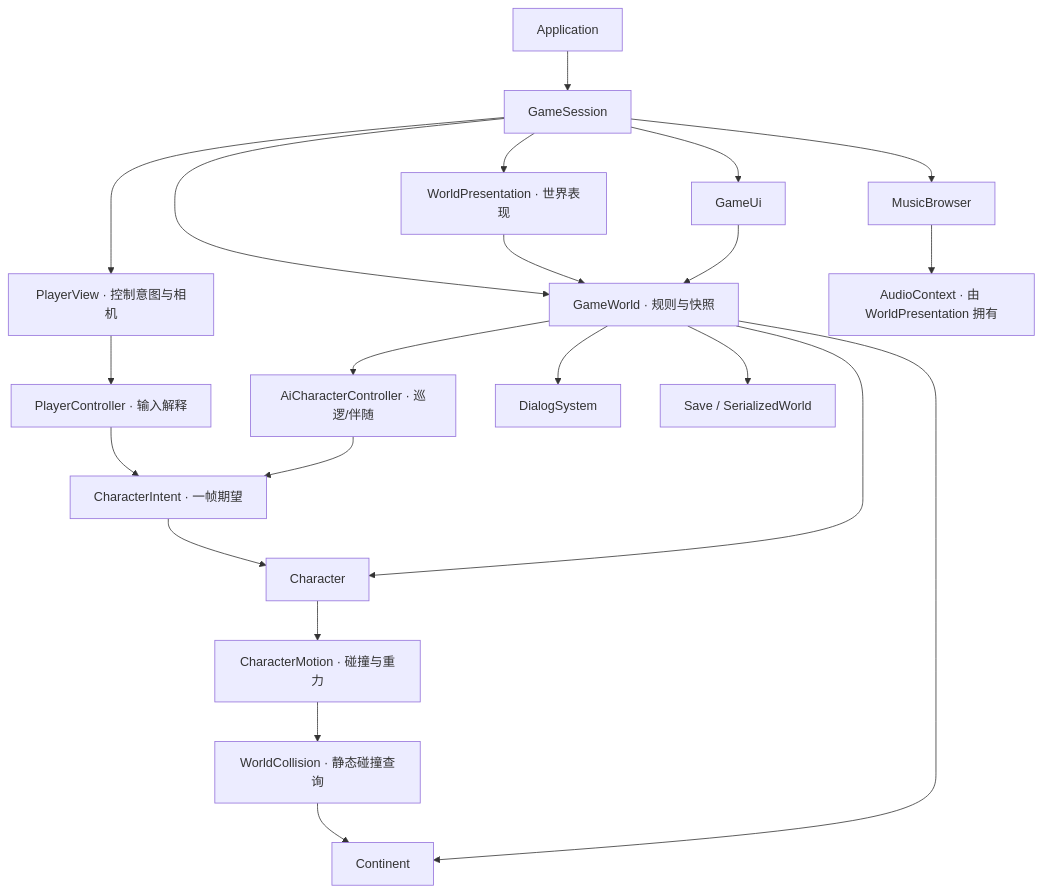
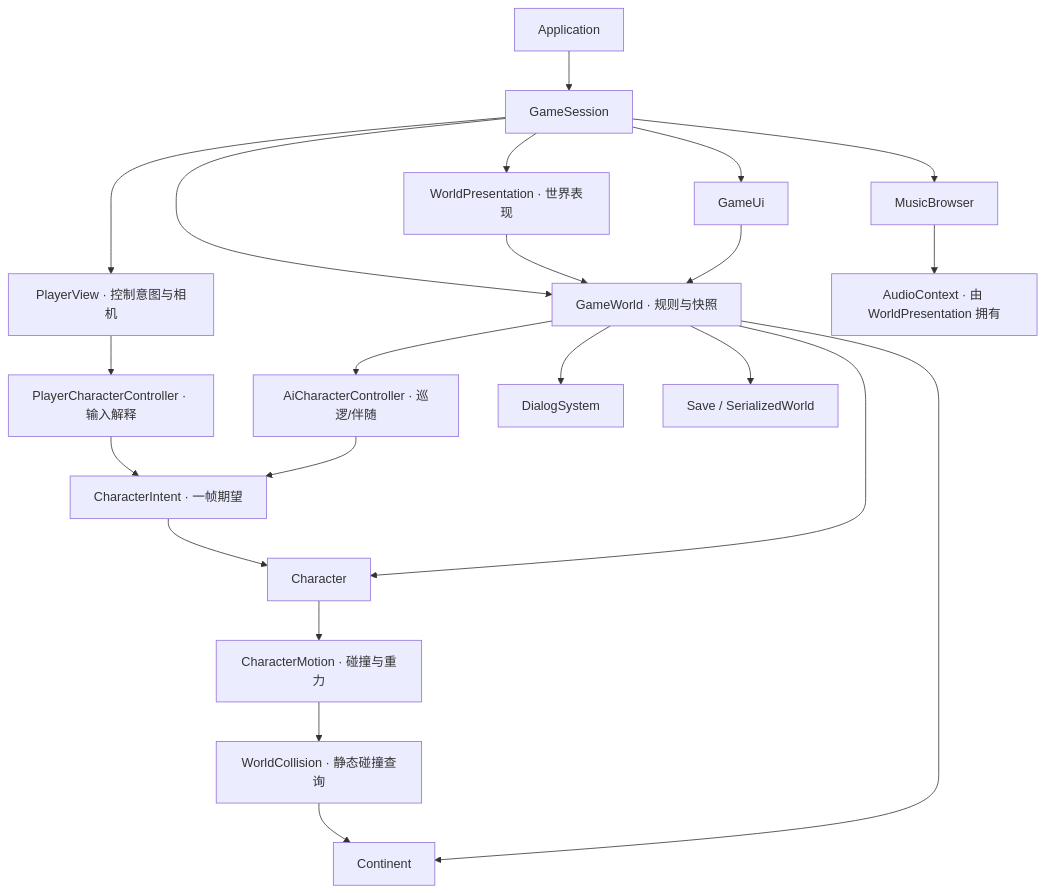
Before and after one commit to ShelpAm/lc1: the second of 3 diagrams in docs/module-dependencies.md, drawn with Mermaid. The commit also changed other lines of this file and 62 other files, not shown here.

````diff
--- a/docs/module-dependencies.md
+++ b/docs/module-dependencies.md
@@ -22,24 +22,24 @@
 ```mermaid
 flowchart TD
     app[Application] --> session[GameSession]
     session --> world["GameWorld · 规则与快照"]
     session --> view["WorldPresentation · 世界表现"]
     session --> player["PlayerView · 控制意图与相机"]
     session --> ui[GameUi]
     session --> music[MusicBrowser]
     view --> world
     ui --> world
-    player --> controller["PlayerController · 输入解释"]
+    player --> controller["PlayerCharacterController · 输入解释"]
     controller --> intent["CharacterIntent · 一帧期望"]
     ai["AiCharacterController · 巡逻/伴随"] --> intent
     intent --> character[Character]
     world --> ai
     world --> character
     character --> motion["CharacterMotion · 碰撞与重力"]
     motion --> collision["WorldCollision · 静态碰撞查询"]
     collision --> continent
     world --> continent[Continent]
     world --> dialog[DialogSystem]
     world --> save["Save / SerializedWorld"]
     music --> audio["AudioContext · 由 WorldPresentation 拥有"]
 ```
````
